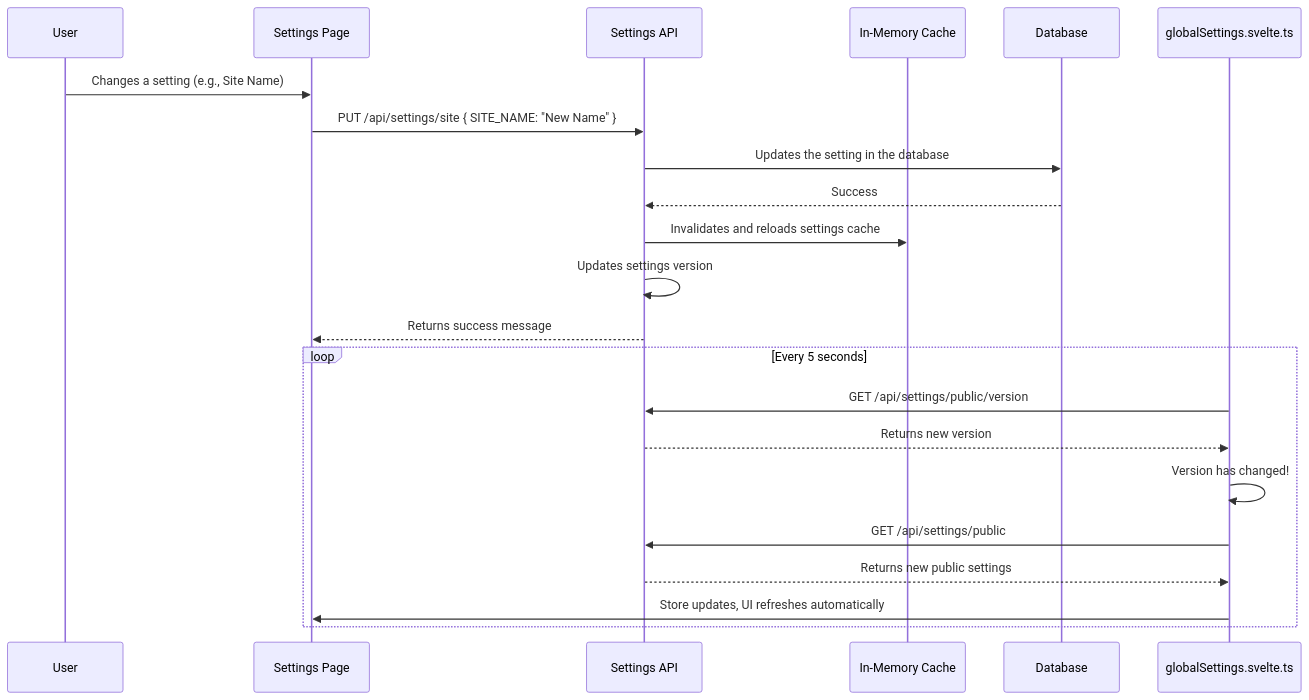
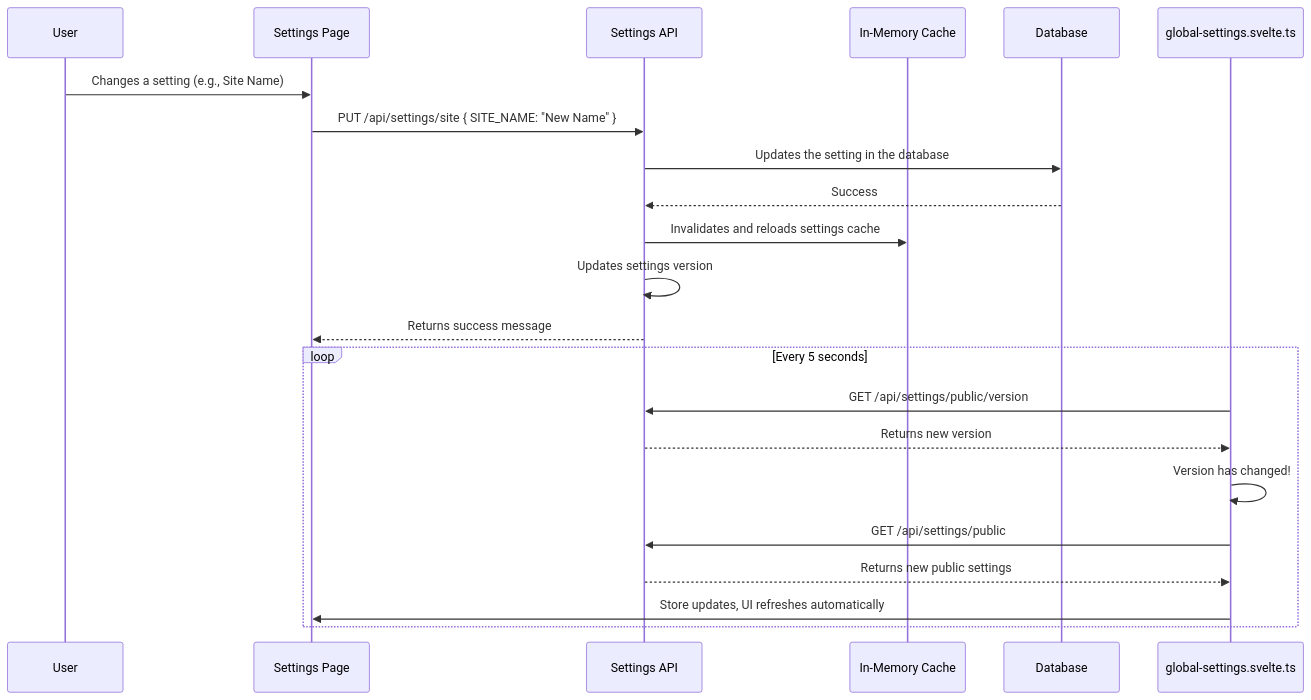
The diagram in docs/architecture/system-settings-architecture.mdx (SveltyCMS/SveltyCMS), drawn with Mermaid before and after one commit. The commit also changed other lines of this file and 353 other files, not shown here.

````diff
--- a/docs/architecture/system-settings-architecture.mdx
+++ b/docs/architecture/system-settings-architecture.mdx
@@ -36,26 +36,26 @@
 ```mermaid
 sequenceDiagram
     participant User
     participant UI as Settings Page
     participant API as Settings API
     participant ServerCache as In-Memory Cache
     participant DB as Database
-    participant ClientStore as globalSettings.svelte.ts
+    participant ClientStore as global-settings.svelte.ts
 
     User->>UI: Changes a setting (e.g., Site Name)
     UI->>API: PUT /api/settings/site { SITE_NAME: "New Name" }
     API->>DB: Updates the setting in the database
     DB-->>API: Success
     API->>ServerCache: Invalidates and reloads settings cache
     API->>API: Updates settings version
     API-->>UI: Returns success message
 
     loop Every 5 seconds
         ClientStore->>API: GET /api/settings/public/version
         API-->>ClientStore: Returns new version
         ClientStore->>ClientStore: Version has changed!
         ClientStore->>API: GET /api/settings/public
         API-->>ClientStore: Returns new public settings
         ClientStore->>UI: Store updates, UI refreshes automatically
     end
 ```
````
